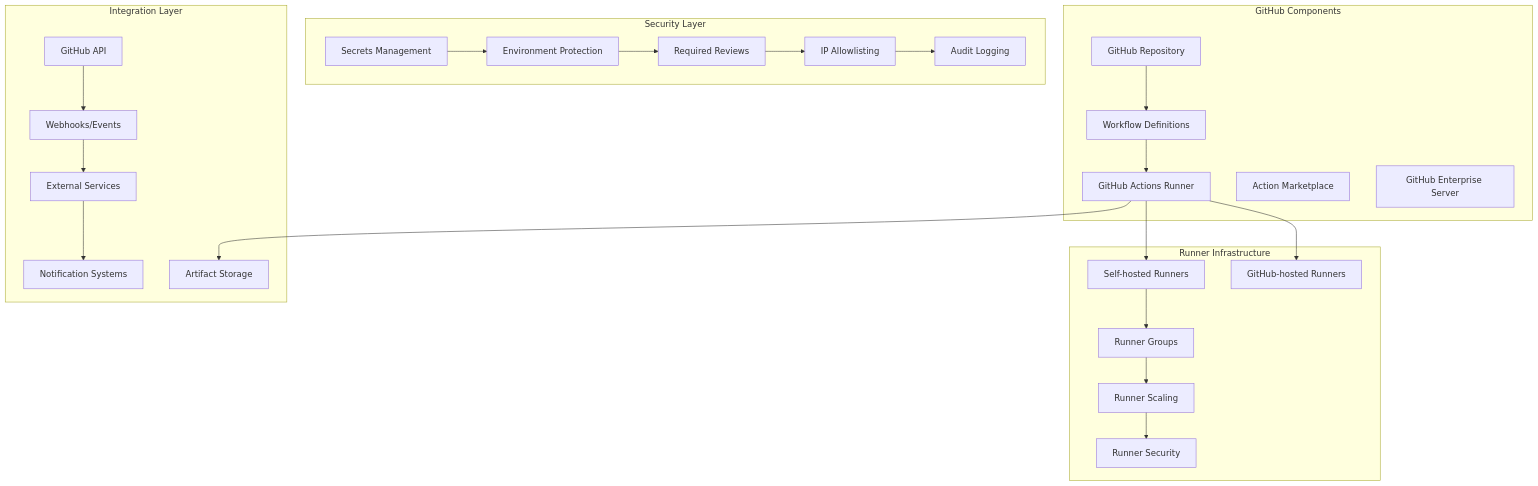
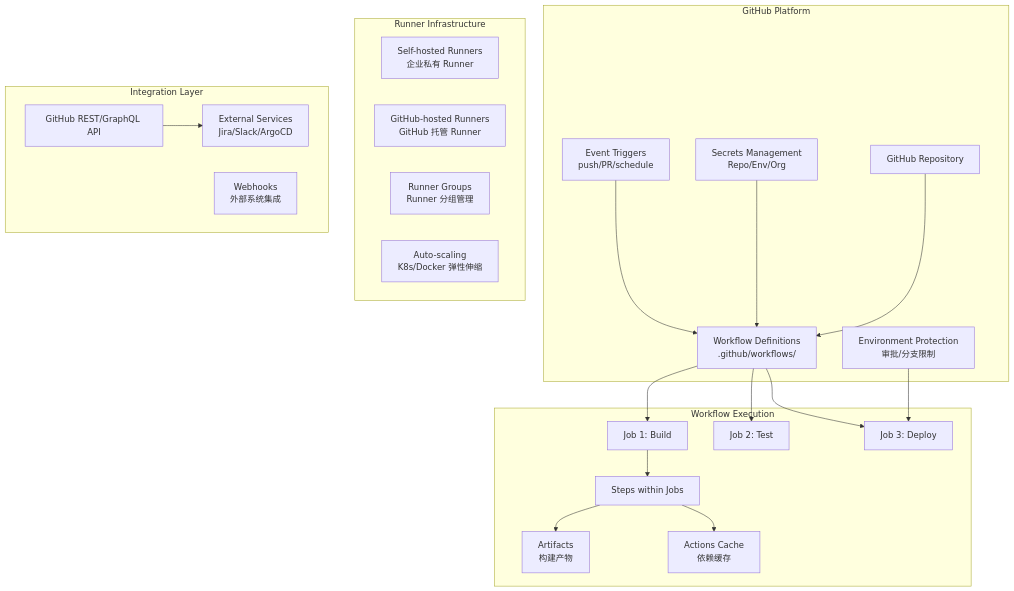
The diagram in domain-23-gitops-ci-cd/04-github-actions-enterprise.md (kudig-io/kudig-database), drawn with Mermaid before and after one commit. The commit also changed other lines of this file and 8633 other files, not shown here.

````diff
--- a/domain-23-gitops-ci-cd/04-github-actions-enterprise.md
+++ b/domain-23-gitops-ci-cd/04-github-actions-enterprise.md
@@ -14,52 +87,44 @@
 ```mermaid
 graph TB
-    subgraph "GitHub Components"
-        A[GitHub Repository]
-        B[GitHub Actions Runner]
-        C[Workflow Definitions]
-        D[Action Marketplace]
-        E[GitHub Enterprise Server]
+    subgraph "GitHub Platform"
+        REPO[GitHub Repository]
+        WF[Workflow Definitions<br/>.github/workflows/]
+        EVT[Event Triggers<br/>push/PR/schedule]
+        SEC[Secrets Management<br/>Repo/Env/Org]
+        ENV[Environment Protection<br/>审批/分支限制]
     end
-    
+
     subgraph "Runner Infrastructure"
-        F[Self-hosted Runners]
-        G[GitHub-hosted Runners]
-        H[Runner Groups]
-        I[Runner Scaling]
-        J[Runner Security]
+        SHR[Self-hosted Runners<br/>企业私有 Runner]
+        GHR[GitHub-hosted Runners<br/>GitHub 托管 Runner]
+        RG[Runner Groups<br/>Runner 分组管理]
+        RS[Auto-scaling<br/>K8s/Docker 弹性伸缩]
     end
-    
-    subgraph "Security Layer"
-        K[Secrets Management]
-        L[Environment Protection]
-        M[Required Reviews]
-        N[IP Allowlisting]
-        O[Audit Logging]
+
+    subgraph "Workflow Execution"
+        JOB1[Job 1: Build]
+        JOB2[Job 2: Test]
+        JOB3[Job 3: Deploy]
+        STEP[Steps within Jobs]
+        ART[Artifacts<br/>构建产物]
+        CACHE[Actions Cache<br/>依赖缓存]
     end
-    
+
     subgraph "Integration Layer"
-        P[GitHub API]
-        Q[Webhooks/Events]
-        R[External Services]
-        S[Notification Systems]
-        T[Artifact Storage]
+        API[GitHub REST/GraphQL API]
+        WH[Webhooks<br/>外部系统集成]
+        EXT[External Services<br/>Jira/Slack/ArgoCD]
     end
-    
-    A --> C
-    C --> B
-    B --> F
-    B --> G
-    F --> H
-    H --> I
-    I --> J
-    
-    K --> L
-    L --> M
-    M --> N
-    N --> O
-    
-    P --> Q
-    Q --> R
-    R --> S
-    B --> T
+
+    EVT --> WF
+    WF --> JOB1
+    WF --> JOB2
+    WF --> JOB3
+    JOB1 --> STEP
+    STEP --> ART
+    STEP --> CACHE
+    SEC --> WF
+    ENV --> JOB3
+    REPO --> WF
+    API --> EXT
 ```
````
